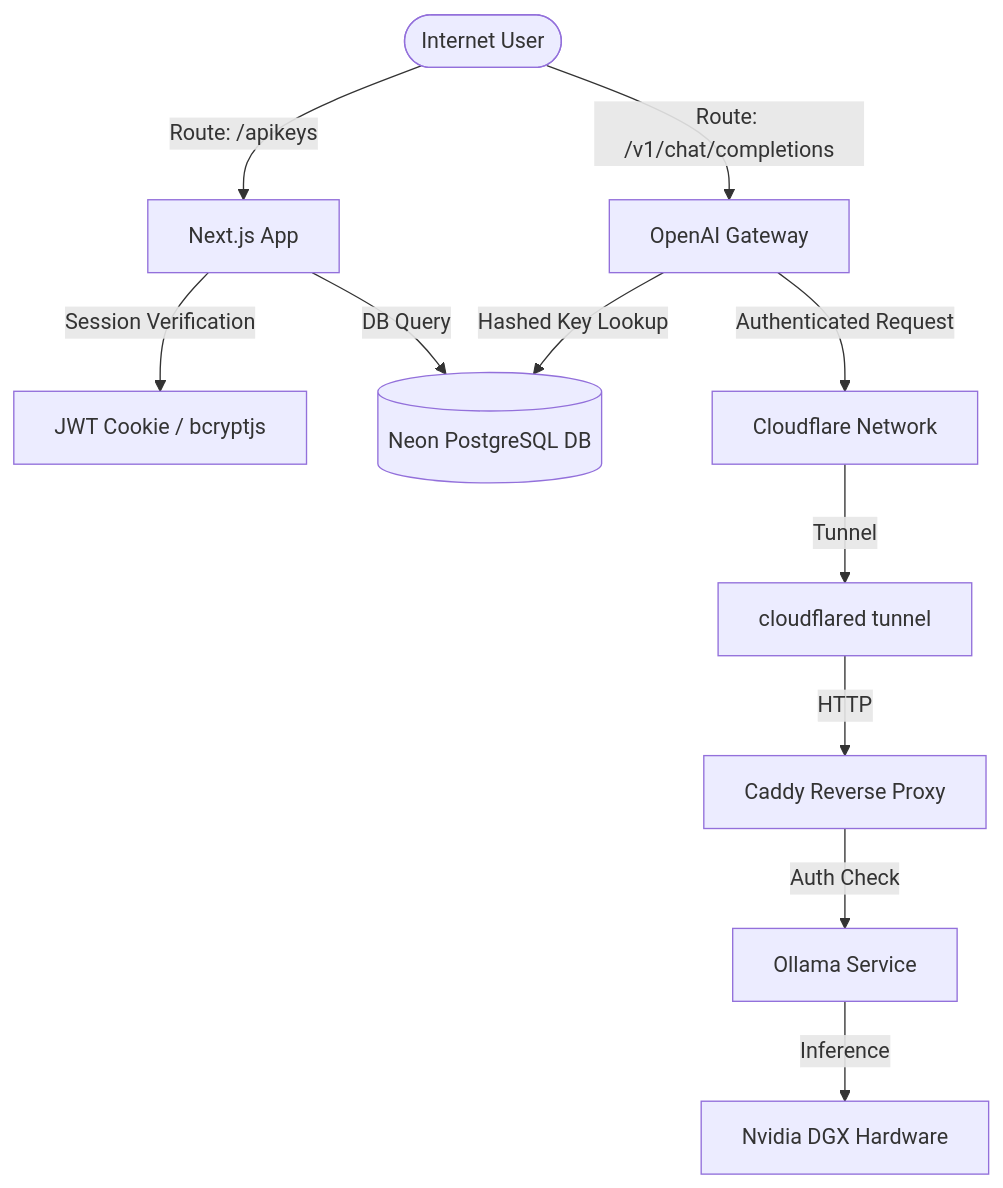
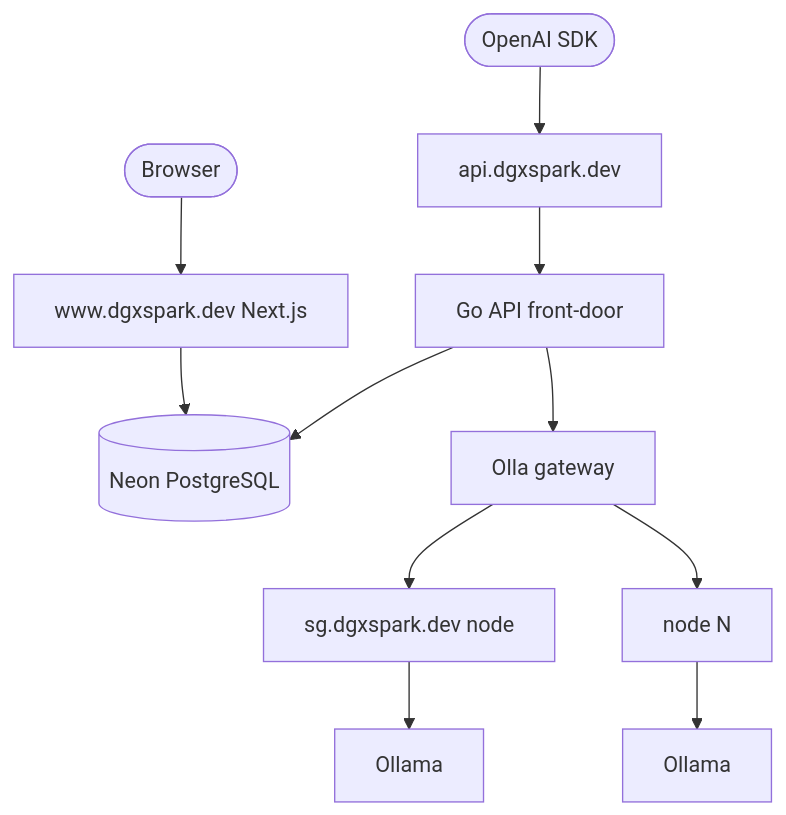
Before and after one commit to Haoming9527/DGX-Spark-Platform: the diagram in README.md, drawn with Mermaid. The commit also changed other lines of this file and 45 other files, not shown here.

````diff
--- a/README.md
+++ b/README.md
@@ -27,13 +28,13 @@
 ```mermaid
 graph TD
-    User([Internet User]) -- Route: /apikeys --> NextJS[Next.js App]
-    User -- Route: /v1/chat/completions --> Gateway[OpenAI Gateway]
-    NextJS -- Session Verification --> Auth[JWT Cookie / bcryptjs]
-    NextJS -- DB Query --> DB[(Neon PostgreSQL DB)]
-    Gateway -- Hashed Key Lookup --> DB
-    Gateway -- Authenticated Request --> CF[Cloudflare Network]
-    CF -- Tunnel --> CT[cloudflared tunnel]
-    CT -- HTTP --> Caddy[Caddy Reverse Proxy]
-    Caddy -- Auth Check --> Ollama[Ollama Service]
-    Ollama -- Inference --> DGX[Nvidia DGX Hardware]
+    Browser([Browser]) --> WWW[www.dgxspark.dev Next.js]
+    Client([OpenAI SDK]) --> API[api.dgxspark.dev]
+    WWW --> Neon[(Neon PostgreSQL)]
+    API --> FrontDoor[Go API front-door]
+    FrontDoor --> Neon
+    FrontDoor --> Olla[Olla gateway]
+    Olla --> SG[sg.dgxspark.dev node]
+    Olla --> N[node N]
+    SG --> Ollama[Ollama]
+    N --> OllamaN[Ollama]
 ```
````
